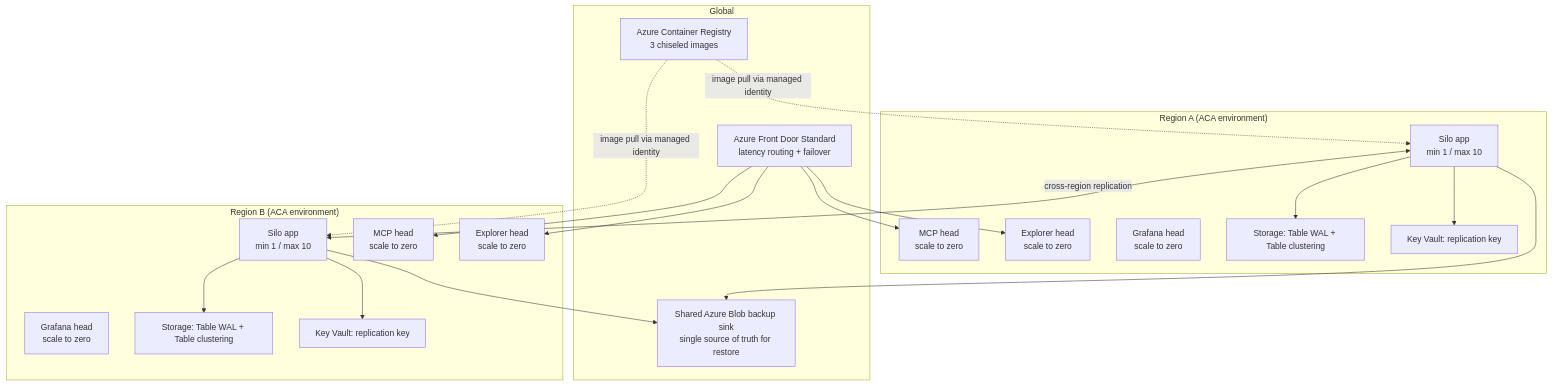
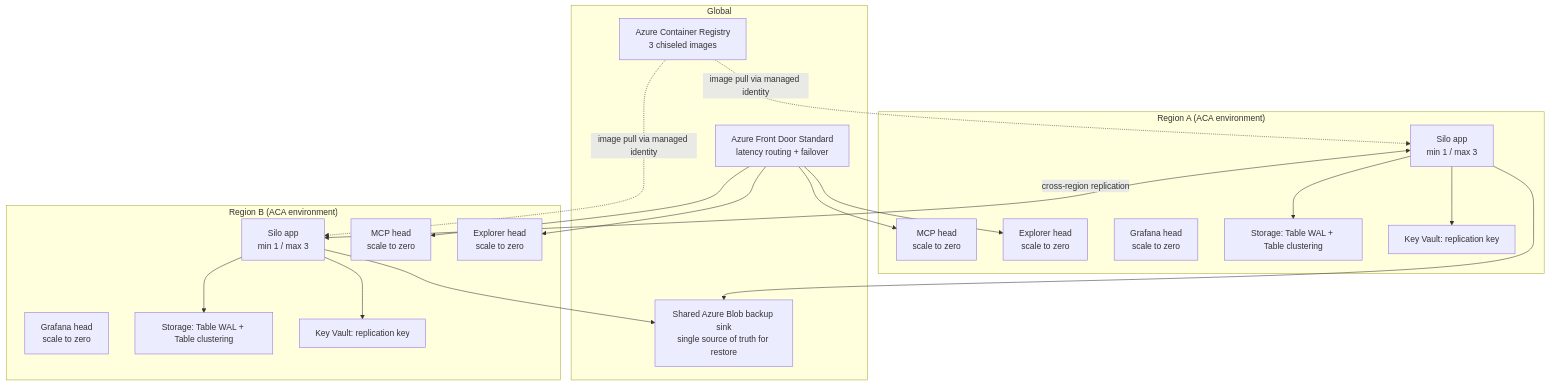
One commit to NSTA1/Orleans.Lattice changed the first of 7 diagrams in reference-architecture.md. Above: the diagram before and after it, drawn with Mermaid. The commit also changed other lines of this file and 1 other file, not shown here.

First line of the commit message:
docs(reference-architecture): correct silo max-replica, observability scrape, and validation-status claims

````diff
--- a/reference-architecture.md
+++ b/reference-architecture.md
@@ -101,40 +101,40 @@
 ```mermaid
 flowchart TB
     subgraph Global
         AFD["Azure Front Door Standard<br/>latency routing + failover"]
         BLOB["Shared Azure Blob backup sink<br/>single source of truth for restore"]
         ACR["Azure Container Registry<br/>3 chiseled images"]
     end
 
     subgraph RegionA["Region A (ACA environment)"]
-        SA["Silo app<br/>min 1 / max 10"]
+        SA["Silo app<br/>min 1 / max 3"]
         MA["MCP head<br/>scale to zero"]
         EA["Explorer head<br/>scale to zero"]
         GA["Grafana head<br/>scale to zero"]
         STA["Storage: Table WAL + Table clustering"]
         KVA["Key Vault: replication key"]
     end
 
     subgraph RegionB["Region B (ACA environment)"]
-        SB["Silo app<br/>min 1 / max 10"]
+        SB["Silo app<br/>min 1 / max 3"]
         MB["MCP head<br/>scale to zero"]
         EB["Explorer head<br/>scale to zero"]
         GB["Grafana head<br/>scale to zero"]
         STB["Storage: Table WAL + Table clustering"]
         KVB["Key Vault: replication key"]
     end
 
     AFD --> EA
     AFD --> MA
     AFD --> EB
     AFD --> MB
     SA <-->|"cross-region replication"| SB
     SA --> STA
     SB --> STB
     SA --> KVA
     SB --> KVB
     SA --> BLOB
     SB --> BLOB
     ACR -.->|"image pull via managed identity"| SA
     ACR -.->|"image pull via managed identity"| SB
 ```
````
